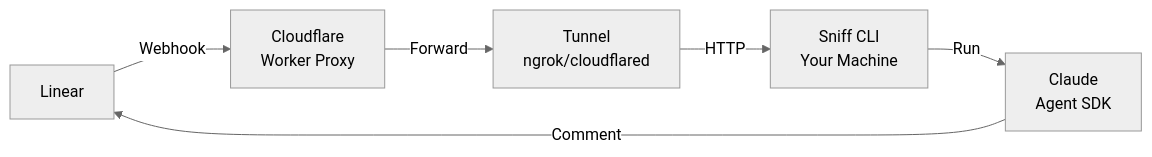
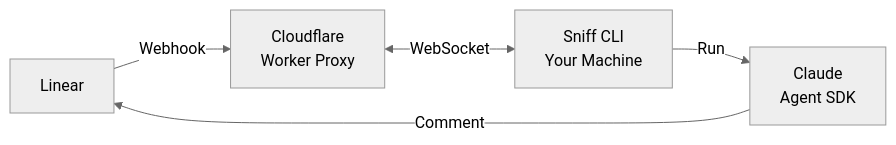
One commit to caiopizzol/sniff changed the first of 2 diagrams in apps/docs/how-it-works.mdx. Above: the diagram before and after it, drawn with Mermaid (neutral theme). The commit also changed other lines of this file and 5 other files, not shown here.

````diff
--- a/apps/docs/how-it-works.mdx
+++ b/apps/docs/how-it-works.mdx
@@ -12,8 +12,7 @@
 ```mermaid
 flowchart LR
   Linear[Linear] -->|Webhook| Proxy[Cloudflare<br/>Worker Proxy]
-  Proxy -->|Forward| Tunnel[Tunnel<br/>ngrok/cloudflared]
-  Tunnel -->|HTTP| CLI[Sniff CLI<br/>Your Machine]
+  Proxy <-->|WebSocket| CLI[Sniff CLI<br/>Your Machine]
   CLI -->|Run| SDK[Claude<br/>Agent SDK]
   SDK -->|Comment| Linear
 ```
````
